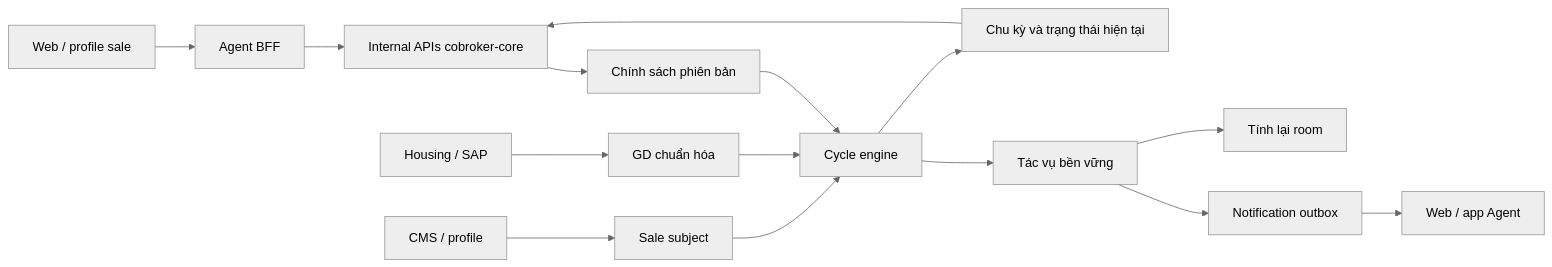
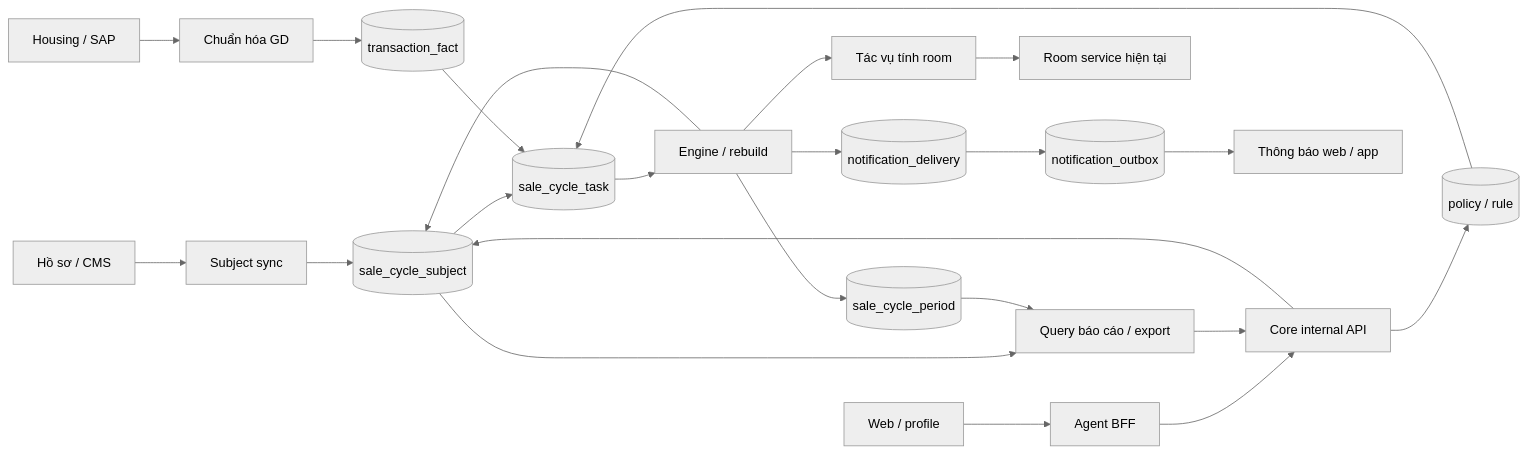
The first of 3 diagrams in BDSKD-9533-thiet-ke-ky-thuat.md (huynv-xyz/vhm), drawn with Mermaid (neutral theme) before and after one commit. The commit also changed other lines of this file, not shown here.

````diff
--- a/BDSKD-9533-thiet-ke-ky-thuat.md
+++ b/BDSKD-9533-thiet-ke-ky-thuat.md
@@ -54,17 +120,25 @@
 ```mermaid
 flowchart LR
-  UI[Web / profile sale] --> BFF[Agent BFF]
-  BFF --> API[Internal APIs cobroker-core]
-  CMS[CMS / profile] --> Subject[Sale subject]
-  SAP[Housing / SAP] --> Fact[GD chuẩn hóa]
-  API --> Policy[Chính sách phiên bản]
-  Subject --> Engine[Cycle engine]
-  Fact --> Engine
-  Policy --> Engine
-  Engine --> State[Chu kỳ và trạng thái hiện tại]
-  State --> API
-  Engine --> Task[Tác vụ bền vững]
-  Task --> Room[Tính lại room]
-  Task --> Noti[Notification outbox]
-  Noti --> Delivery[Web / app Agent]
+  Profile[Hồ sơ / CMS] --> Sync[Subject sync]
+  Sync --> Subject[(sale_cycle_subject)]
+  UI[Web / profile] --> BFF[Agent BFF]
+  BFF --> API[Core internal API]
+  API --> Subject
+  API --> Policy[(policy / rule)]
+  Housing[Housing / SAP] --> Adapter[Chuẩn hóa GD]
+  Adapter --> Fact[(transaction_fact)]
+  Subject --> Task[(sale_cycle_task)]
+  Policy --> Task
+  Fact --> Task
+  Task --> Engine[Engine / rebuild]
+  Engine --> Period[(sale_cycle_period)]
+  Engine --> Subject
+  Engine --> Delivery[(notification_delivery)]
+  Engine --> RoomTask[Tác vụ tính room]
+  RoomTask --> Room[Room service hiện tại]
+  Delivery --> Outbox[(notification_outbox)]
+  Outbox --> Provider[Thông báo web / app]
+  Subject --> Report[Query báo cáo / export]
+  Period --> Report
+  Report --> API
 ```
````
